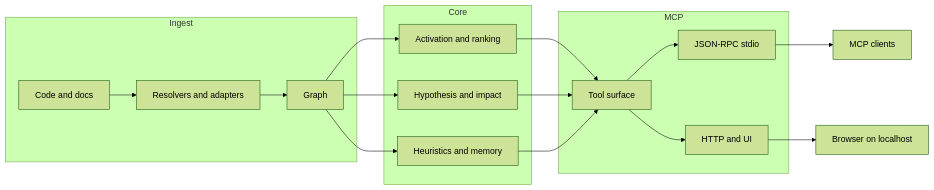
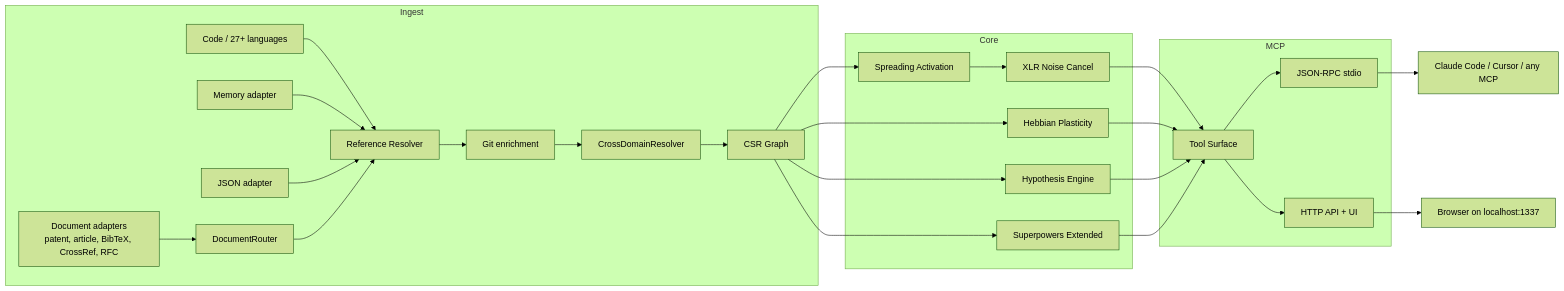
Before and after one commit to maxkle1nz/m1nd: the diagram in README.md, drawn with Mermaid (forest theme). The commit also changed other lines of this file, not shown here.

````diff
--- a/README.md
+++ b/README.md
@@ -623,21 +549,30 @@
 ```mermaid
 graph LR
     subgraph Ingest
-        A[Code and docs] --> R[Resolvers and adapters]
-        R --> G[Graph]
+        A[Code / 27+ languages] --> R[Reference Resolver]
+        MA[Memory adapter] --> R
+        JA[JSON adapter] --> R
+        DA[Document adapters<br/>patent, article, BibTeX, CrossRef, RFC] --> DR[DocumentRouter]
+        DR --> R
+        R --> GD[Git enrichment]
+        GD --> XD[CrossDomainResolver]
+        XD --> G[CSR Graph]
     end
     subgraph Core
-        G --> SA[Activation and ranking]
-        G --> HY[Hypothesis and impact]
-        G --> HS[Heuristics and memory]
+        G --> SA[Spreading Activation]
+        G --> HP[Hebbian Plasticity]
+        G --> HY[Hypothesis Engine]
+        G --> SX[Superpowers Extended]
+        SA --> XLR[XLR Noise Cancel]
     end
     subgraph MCP
-        SA --> T[Tool surface]
+        XLR --> T[Tool Surface]
+        HP --> T
         HY --> T
-        HS --> T
+        SX --> T
         T --> IO[JSON-RPC stdio]
-        T --> HTTP[HTTP and UI]
+        T --> HTTP[HTTP API + UI]
     end
-    IO --> C[MCP clients]
-    HTTP --> B[Browser on localhost]
+    IO --> C[Claude Code / Cursor / any MCP]
+    HTTP --> B[Browser on localhost:1337]
 ```
````
